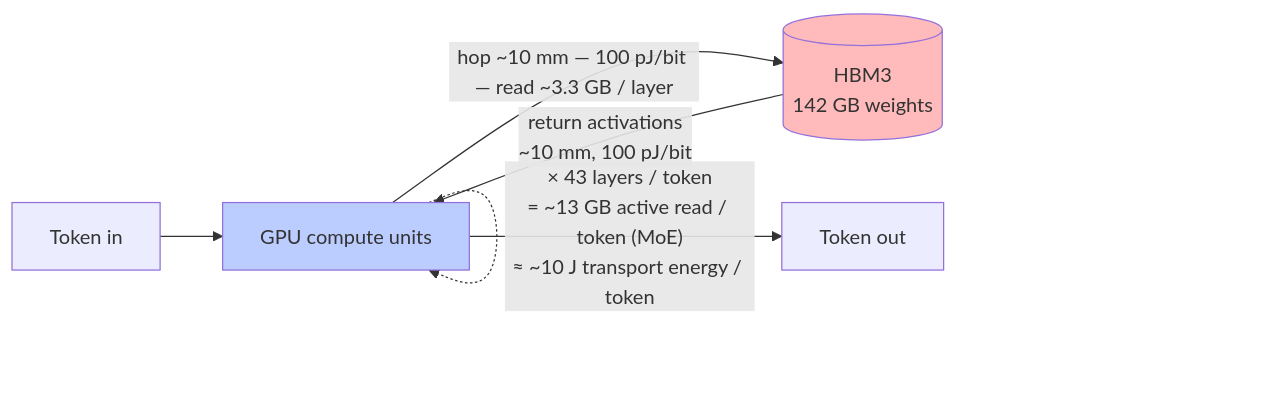
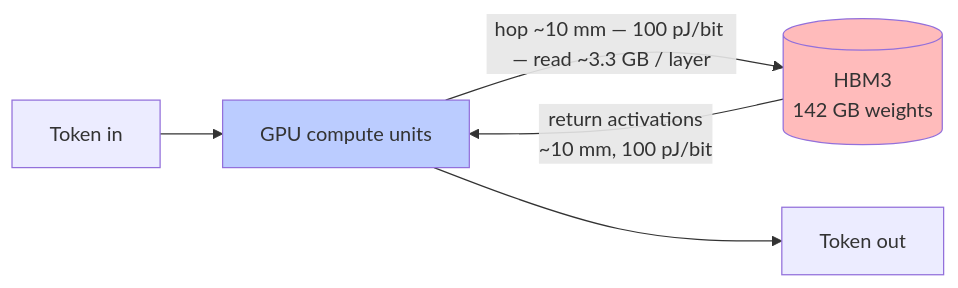
The first of 5 diagrams in README.md (michaelhuo2030/millisecond-era), drawn with Mermaid before and after one commit. The commit also changed other lines of this file and 1 other file, not shown here.

First line of the commit message:
mermaid layout fix: remove redundant self-loops, fold per-node metrics inline

````diff
--- a/README.md
+++ b/README.md
@@ -67,10 +67,9 @@
 ```mermaid
 flowchart LR
     T1[Token in] --> CMP[GPU compute units]
     CMP -->|"hop ~10 mm — 100 pJ/bit — read ~3.3 GB / layer"| HBM[(HBM3<br/>142 GB weights)]
     HBM -->|"return activations<br/>~10 mm, 100 pJ/bit"| CMP
-    CMP -.->|"× 43 layers / token<br/>= ~13 GB active read / token (MoE)<br/>≈ ~10 J transport energy / token"| CMP
     CMP --> T2[Token out]
     style HBM fill:#fbb
     style CMP fill:#bcf
 ```
````
